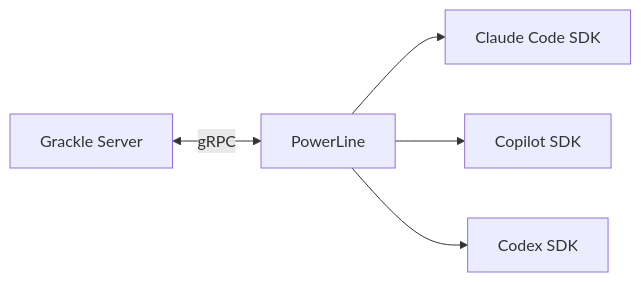
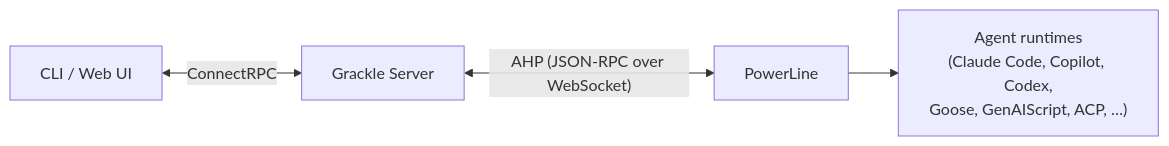
One commit to nick-pape/grackle changed the diagram in apps/docs-site/docs/concepts/powerline.md. Above: the diagram before and after it, drawn with Mermaid. The commit also changed other lines of this file and 22 other files, not shown here.

````diff
--- a/apps/docs-site/docs/concepts/powerline.md
+++ b/apps/docs-site/docs/concepts/powerline.md
@@ -21,7 +23,6 @@
 ```mermaid
 graph LR
-    GS["Grackle Server"] <-->|gRPC| PL["PowerLine"]
-    PL --> CC["Claude Code SDK"]
-    PL --> CP["Copilot SDK"]
-    PL --> CX["Codex SDK"]
+    CLI["CLI / Web UI"] <-->|ConnectRPC| GS["Grackle Server"]
+    GS <-->|"AHP (JSON-RPC over WebSocket)"| PL["PowerLine"]
+    PL --> RT["Agent runtimes<br/>(Claude Code, Copilot, Codex,<br/>Goose, GenAIScript, ACP, …)"]
 ```
````
